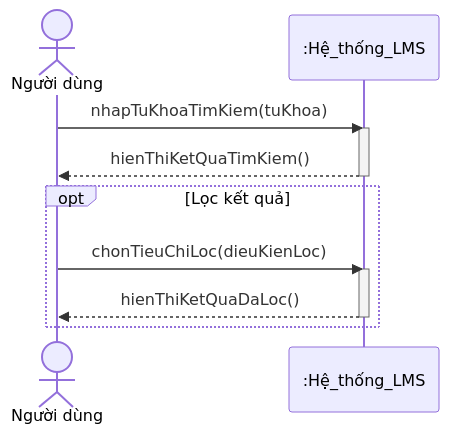
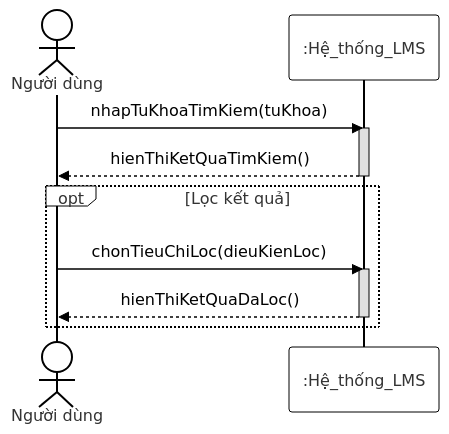
Before and after one commit to NguyenViet-281205/PTTKHT: the diagram in timkiem.md, drawn with Mermaid.

````diff
--- a/timkiem.md
+++ b/timkiem.md
@@ -1,19 +1,22 @@
 ```mermaid
+%% Cấu hình ép buộc màu đen trắng
+%%{init: { 'theme': 'base', 'themeVariables': { 'primaryColor': '#ffffff', 'primaryBorderColor': '#000000', 'lineColor': '#000000', 'textColor': '#000000', 'actorBkg': '#ffffff', 'actorBorder': '#000000', 'signalColor': '#000000', 'signalTextColor': '#000000', 'activationBorderColor': '#000000', 'activationBkgColor': '#e0e0e0', 'noteBkgColor': '#ffffff', 'noteBorderColor': '#000000' } } }%%
+
 sequenceDiagram
     actor U as Người dùng
     participant Sys as :Hệ_thống_LMS
 
     %% Luồng cơ bản: Tìm kiếm và Hiện thị kết quả (Include)
     U->>Sys: nhapTuKhoaTimKiem(tuKhoa)
     activate Sys
     Sys-->>U: hienThiKetQuaTimKiem()
     deactivate Sys
 
     %% Luồng mở rộng: Lọc kết quả (Extend)
     opt Lọc kết quả
         U->>Sys: chonTieuChiLoc(dieuKienLoc)
         activate Sys
         Sys-->>U: hienThiKetQuaDaLoc()
         deactivate Sys
     end
 ```
````
